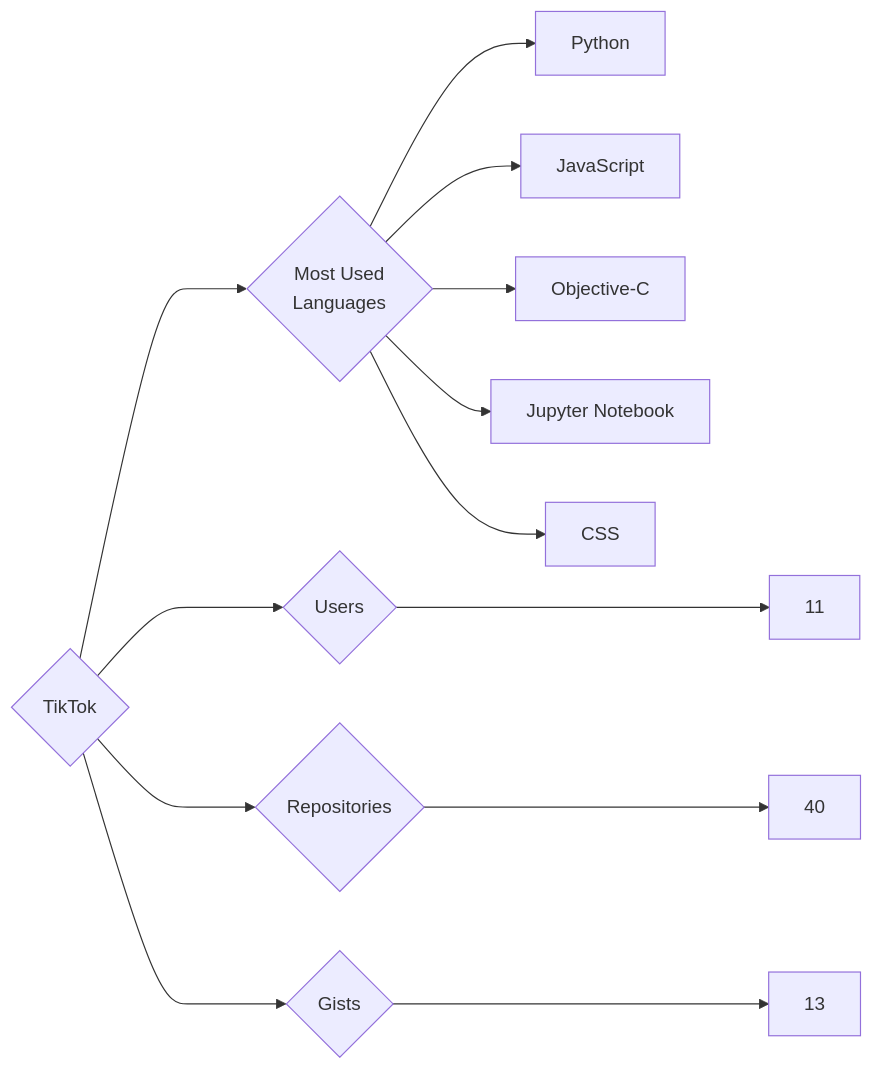
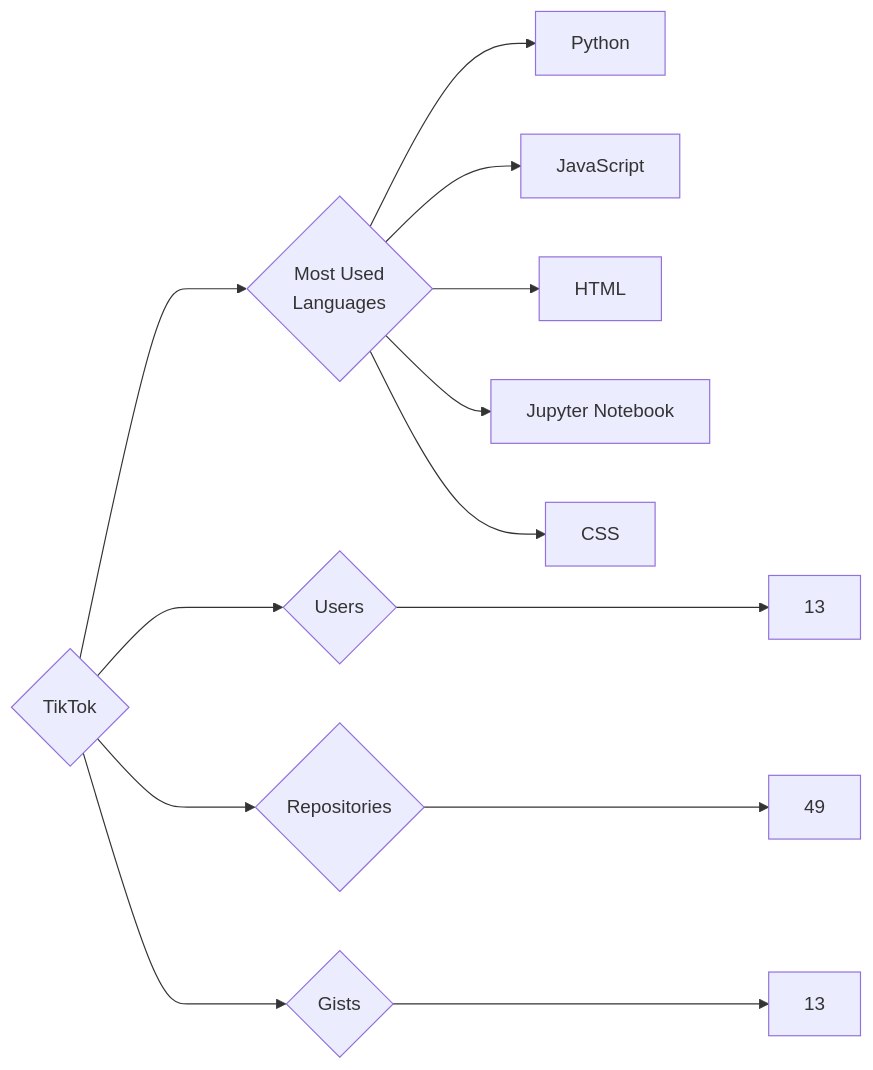
One commit to trickest/insiders changed the diagram in targets/TikTok/README.md. Above: the diagram before and after it, drawn with Mermaid. The commit also changed 748 other files, not shown here.

````diff
--- a/targets/TikTok/README.md
+++ b/targets/TikTok/README.md
@@ -3,13 +3,13 @@
 ```mermaid
 graph LR
 COMPANY_NAME{TikTok}
-COMPANY_NAME ---> U{Users} ---> UN[11]
-COMPANY_NAME ---> R{Repositories} ---> RN[40]
+COMPANY_NAME ---> U{Users} ---> UN[13]
+COMPANY_NAME ---> R{Repositories} ---> RN[49]
 COMPANY_NAME ---> G{Gists} ---> GN[13]
 COMPANY_NAME ---> ML{Most Used<br>Languages}
 ML --> Python[Python]
 ML --> JavaScript[JavaScript]
-ML --> Objective-C[Objective-C]
+ML --> HTML[HTML]
 ML --> Jupyter_Notebook[Jupyter Notebook]
 ML --> CSS[CSS]
 ```
````
